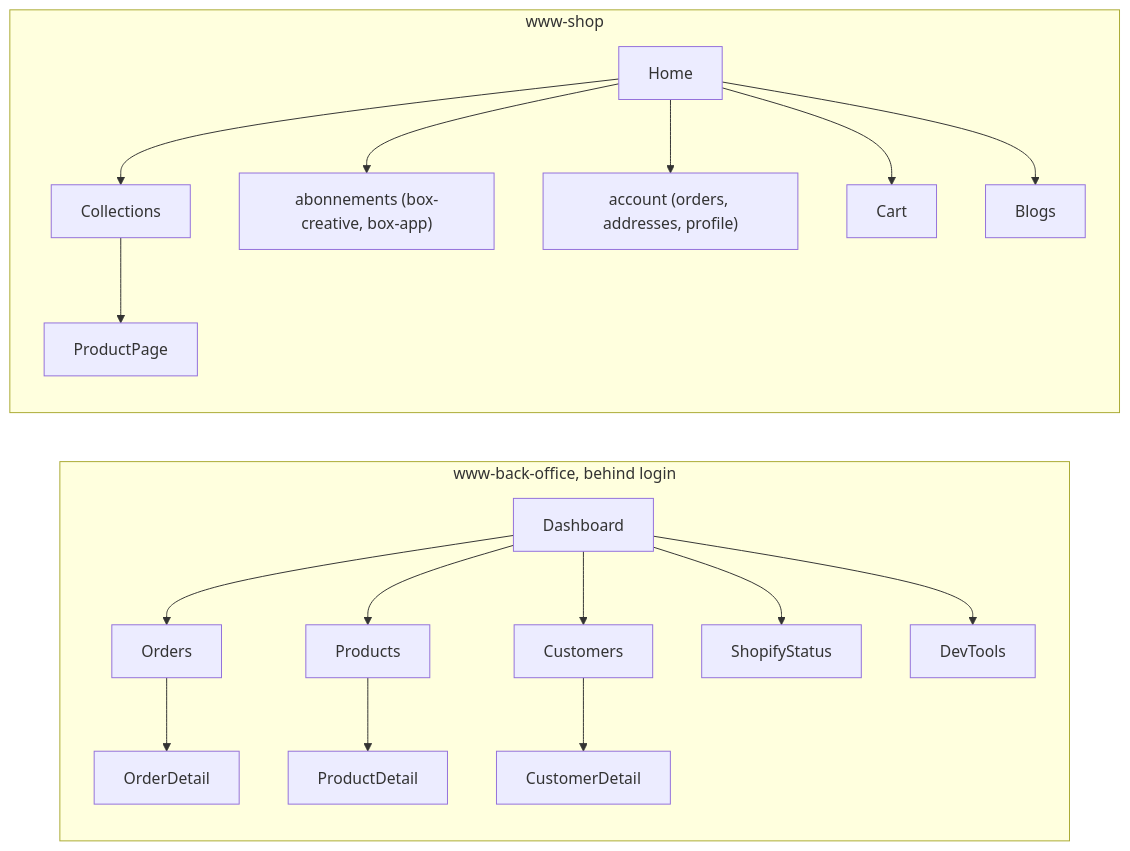
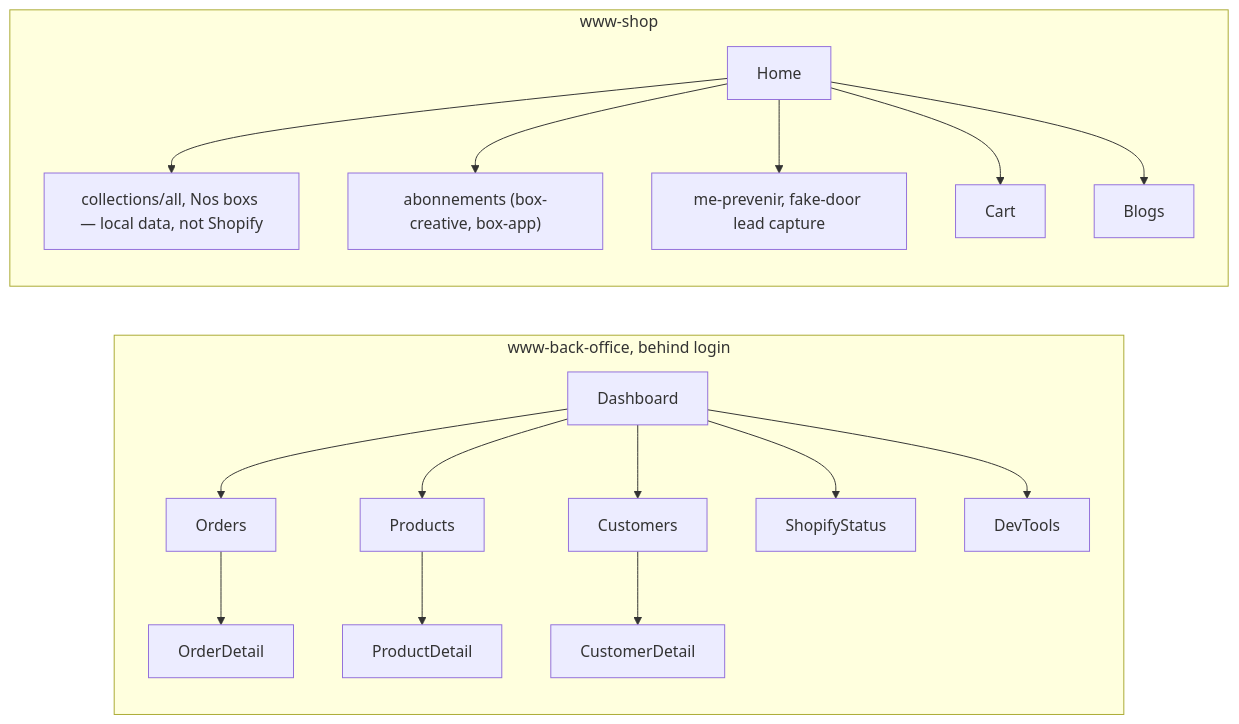
One commit to MyHobbees/app-myhobbees changed the diagram in aidd_docs/memory/navigation.md. Above: the diagram before and after it, drawn with Mermaid. The commit also changed 2 other files, not shown here.

Commit message:
docs: reflect the leads endpoint and the new me-prevenir/boxs routes
aidd_docs/memory/api.md and database.md still described an empty API
surface and schema; navigation.md still showed the removed account
entry point as the header's main CTA.

````diff
--- a/aidd_docs/memory/navigation.md
+++ b/aidd_docs/memory/navigation.md
@@ -10,17 +10,17 @@
 ```mermaid
 flowchart LR
     subgraph BackOffice[www-back-office, behind login]
         Dashboard --> Orders --> OrderDetail
         Dashboard --> Products --> ProductDetail
         Dashboard --> Customers --> CustomerDetail
         Dashboard --> ShopifyStatus
         Dashboard --> DevTools
     end
     subgraph Shop[www-shop]
-        Home --> Collections --> ProductPage
+        Home --> Collections["collections/all, Nos boxs — local data, not Shopify"]
         Home --> Abonnements["abonnements (box-creative, box-app)"]
-        Home --> Account["account (orders, addresses, profile)"]
+        Home --> MePrevenir["me-prevenir, fake-door lead capture"]
         Home --> Cart
         Home --> Blogs
     end
 ```
````
